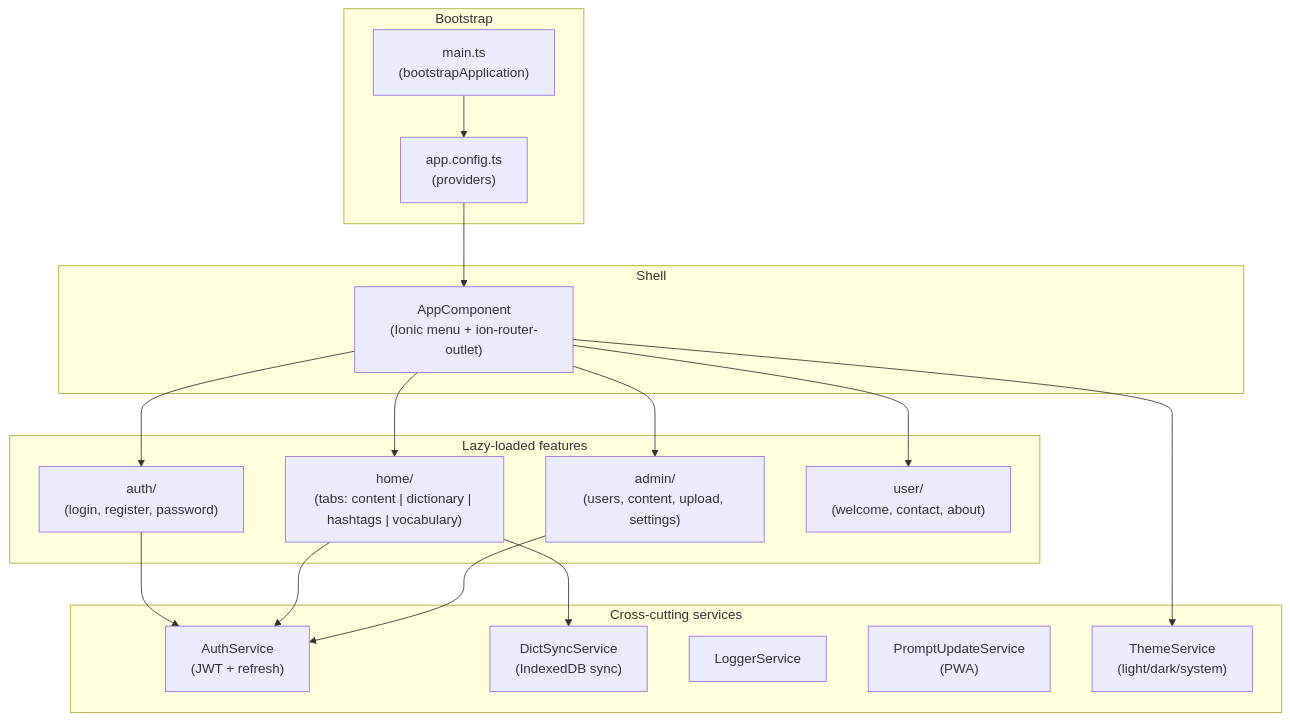
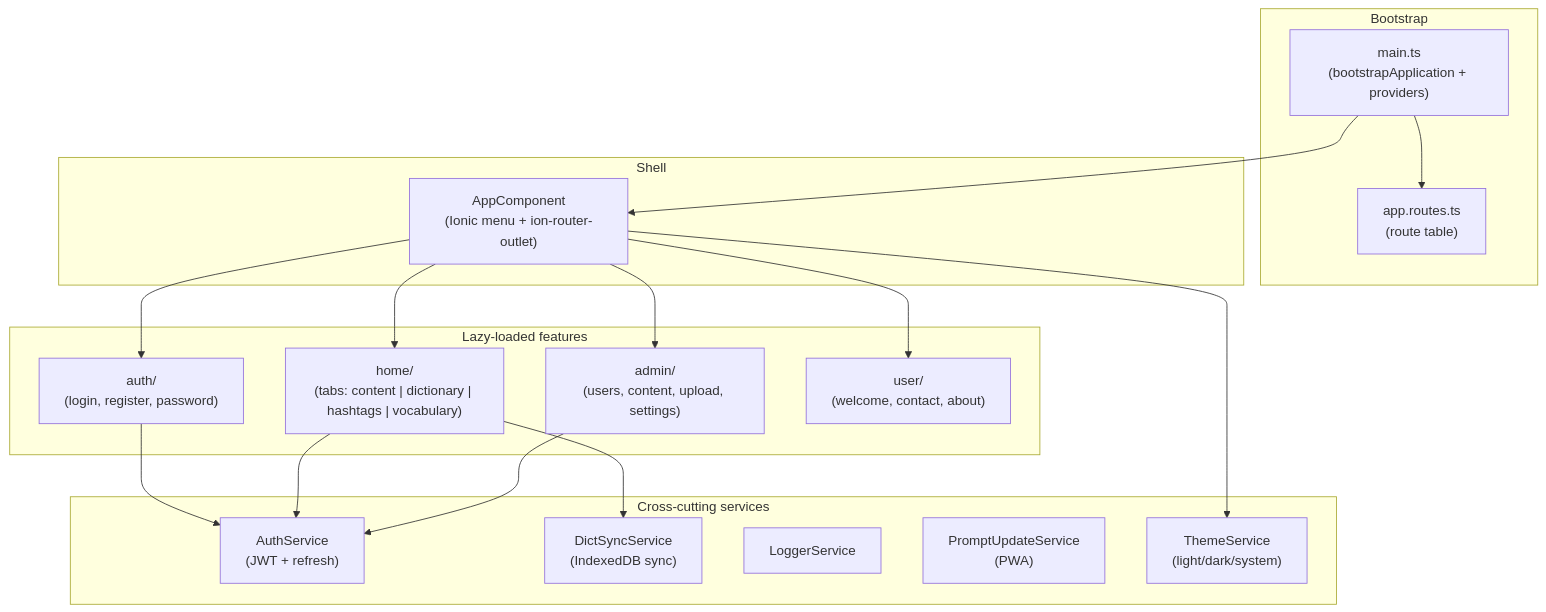
One commit to remarcmij/taalwiz-mono changed the first of 18 diagrams in apps/web/ARCHITECTURE.md. Above: the diagram before and after it, drawn with Mermaid. The commit also changed other lines of this file and 10 other files, not shown here.

````diff
--- a/apps/web/ARCHITECTURE.md
+++ b/apps/web/ARCHITECTURE.md
@@ -24,38 +24,38 @@
 ```mermaid
 graph TD
     subgraph Bootstrap
-        main["main.ts\n(bootstrapApplication)"]
-        config["app.config.ts\n(providers)"]
+        main["main.ts\n(bootstrapApplication + providers)"]
+        routes["app.routes.ts\n(route table)"]
     end
 
     subgraph Shell
         app["AppComponent\n(Ionic menu + ion-router-outlet)"]
     end
 
     subgraph Features ["Lazy-loaded features"]
         auth["auth/\n(login, register, password)"]
         home["home/\n(tabs: content | dictionary | hashtags | vocabulary)"]
         admin["admin/\n(users, content, upload, settings)"]
         user["user/\n(welcome, contact, about)"]
     end
 
     subgraph CrossCutting ["Cross-cutting services"]
         authSvc["AuthService\n(JWT + refresh)"]
         dictSync["DictSyncService\n(IndexedDB sync)"]
         logger["LoggerService"]
         swUpdate["PromptUpdateService\n(PWA)"]
         theme["ThemeService\n(light/dark/system)"]
     end
 
-    main --> config
-    config --> app
+    main --> routes
+    main --> app
     app --> auth
     app --> home
     app --> admin
     app --> user
     auth --> authSvc
     home --> authSvc
     home --> dictSync
     admin --> authSvc
     app --> theme
 ```
````
